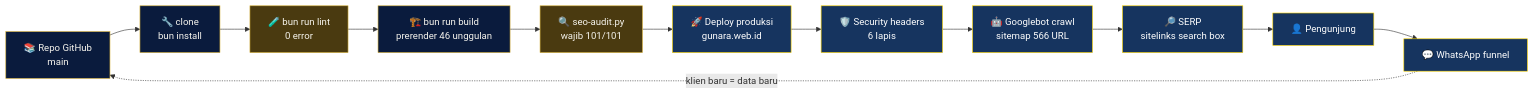
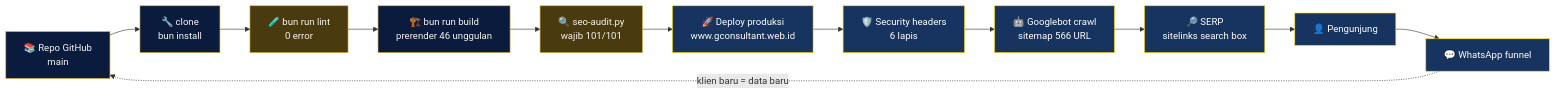
One commit to gunaracorp/gunaraconsultant changed the ninth of 10 diagrams in README.md. Above: the diagram before and after it, drawn with Mermaid. The commit also changed other lines of this file and 6 other files, not shown here.

First line of the commit message:
feat: GConsultant v3.7.0 — Domain Ascension: canonical ke www.gconsultant.web.id

````diff
--- a/README.md
+++ b/README.md
@@ -564,21 +564,21 @@
 ```mermaid
 flowchart LR
     R["📚 Repo GitHub<br/>main"] --> C["🔧 clone<br/>bun install"]
     C --> V["🧪 bun run lint<br/>0 error"]
     V --> S["🏗️ bun run build<br/>prerender 46 unggulan"]
     S --> A["🔍 seo-audit.py<br/>wajib 101/101"]
-    A --> D["🚀 Deploy produksi<br/>gunara.web.id"]
+    A --> D["🚀 Deploy produksi<br/>www.gconsultant.web.id"]
     D --> H["🛡️ Security headers<br/>6 lapis"]
     H --> G["🤖 Googlebot crawl<br/>sitemap 566 URL"]
     G --> SERP["🔎 SERP<br/>sitelinks search box"]
     SERP --> U["👤 Pengunjung"]
     U --> WA["💬 WhatsApp funnel"]
     WA -.->|"klien baru = data baru"| R
 
     classDef code fill:#0a1b3d,stroke:#d4af37,color:#f7f5ee
     classDef gate fill:#4a3a10,stroke:#d4af37,color:#f7f5ee
     classDef hidup fill:#16345f,stroke:#ffd700,color:#ffffff
     class R,C,S code
     class V,A gate
     class D,H,G,SERP,U,WA hidup
 ```
````
